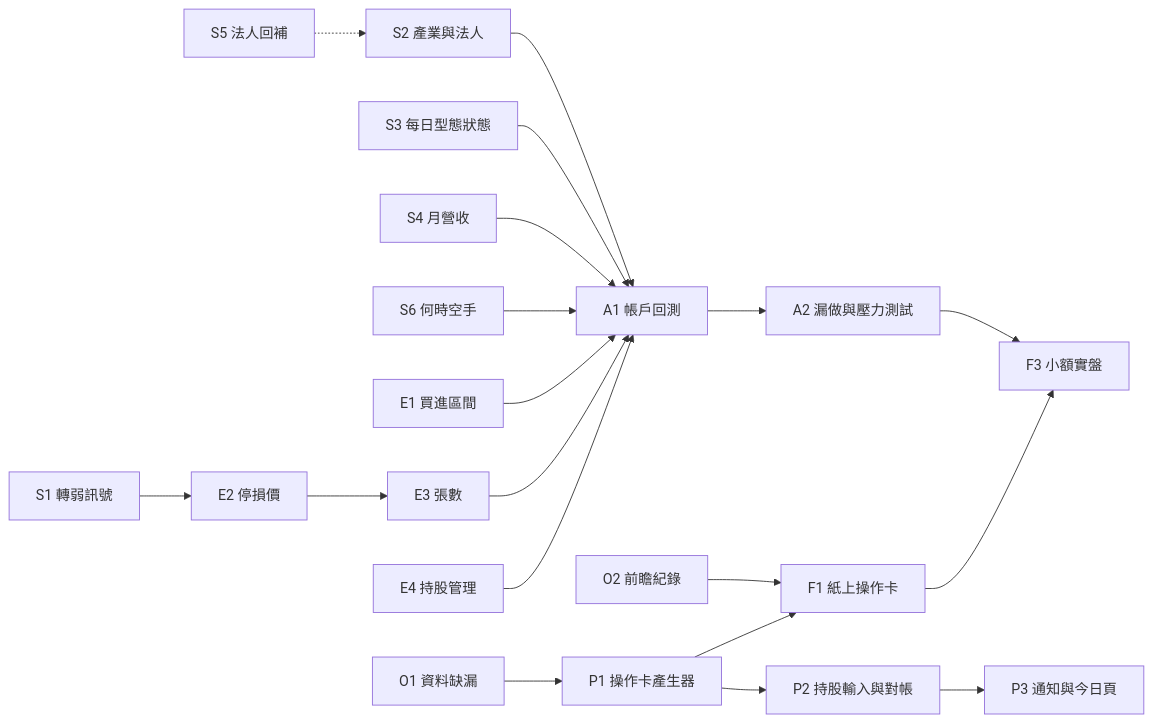
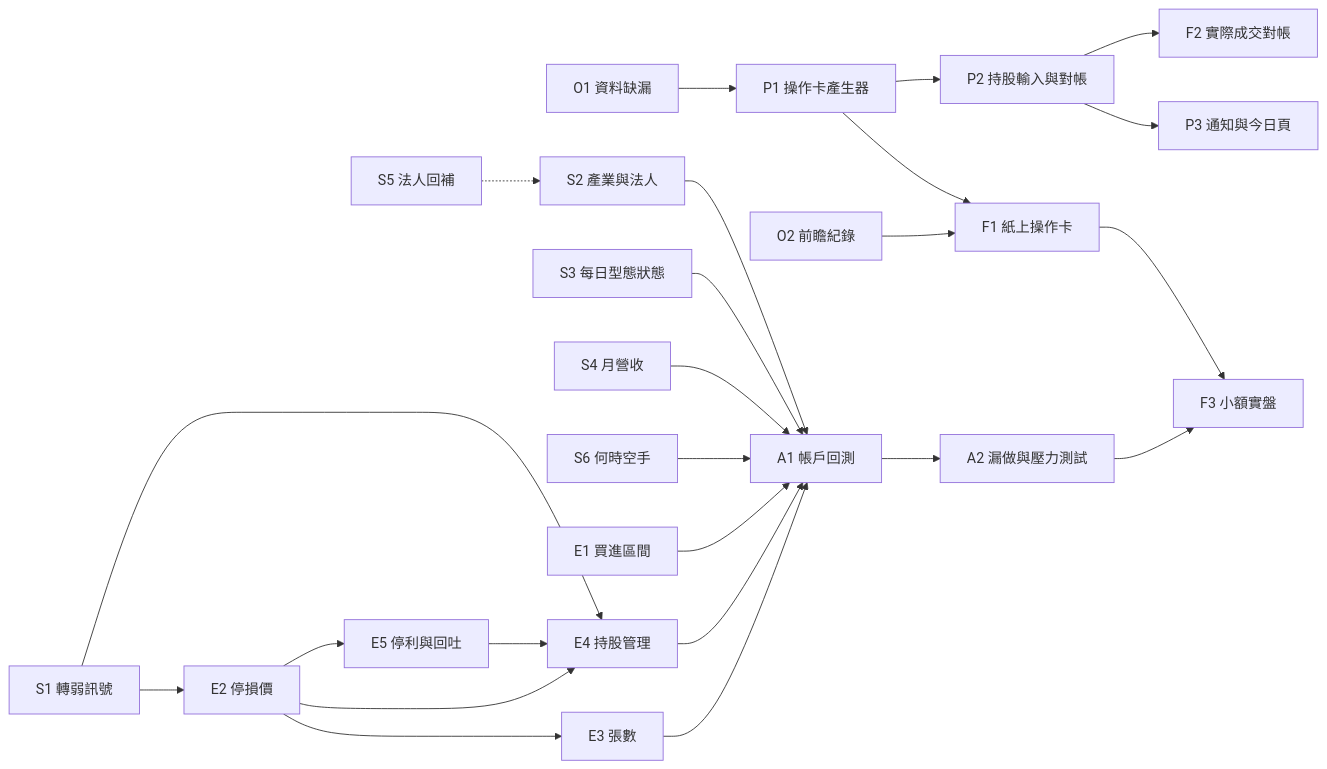
One commit to TaiwanCCyoyo/stock-research changed the diagram in docs/en/research-roadmap.md. Above: the diagram before and after it, drawn with Mermaid. The commit also changed other lines of this file and 1 other file, not shown here.

````diff
--- a/docs/en/research-roadmap.md
+++ b/docs/en/research-roadmap.md
@@ -91,21 +93,26 @@
 ```mermaid
 flowchart LR
   O1[O1 資料缺漏] --> P1
   O2[O2 前瞻紀錄] --> F1
   S1[S1 轉弱訊號] --> E2
   S2[S2 產業與法人] --> A1
   S3[S3 每日型態狀態] --> A1
   S4[S4 月營收] --> A1
   S5[S5 法人回補] -.-> S2
   S6[S6 何時空手] --> A1
   E1[E1 買進區間] --> A1
   E2[E2 停損價] --> E3[E3 張數]
   E3 --> A1
-  E4[E4 持股管理] --> A1
+  S1 --> E4[E4 持股管理]
+  E2 --> E4
+  E2 --> E5[E5 停利與回吐]
+  E5 --> E4
+  E4 --> A1
   A1[A1 帳戶回測] --> A2[A2 漏做與壓力測試]
   P1[P1 操作卡產生器] --> F1[F1 紙上操作卡]
   A2 --> F3[F3 小額實盤]
   F1 --> F3
   P1 --> P2[P2 持股輸入與對帳]
   P2 --> P3[P3 通知與今日頁]
+  P2 --> F2[F2 實際成交對帳]
 ```
````
